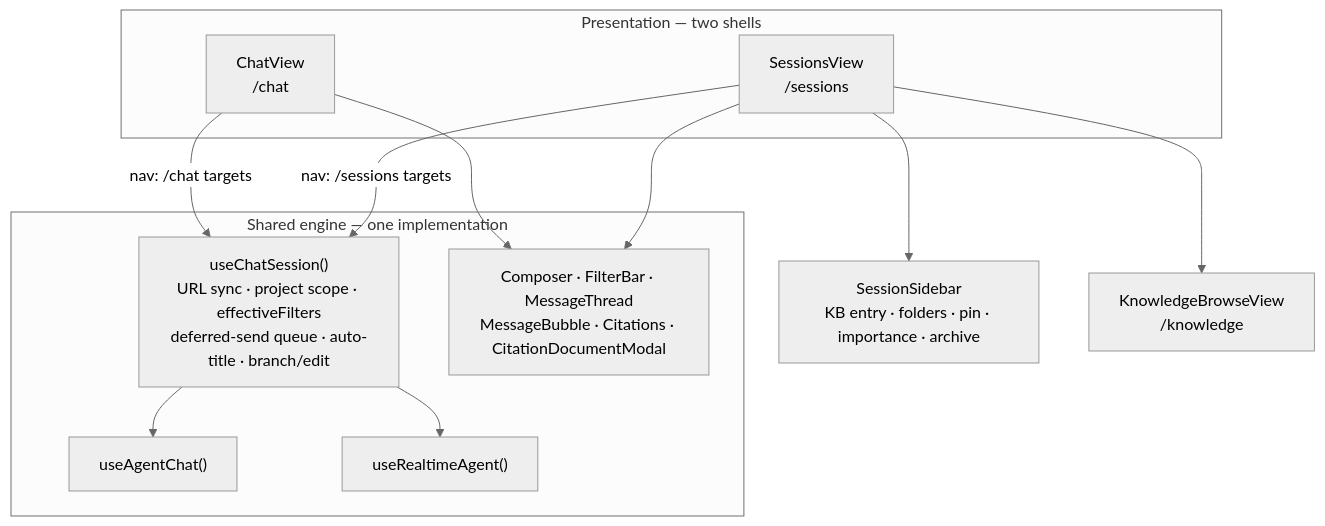
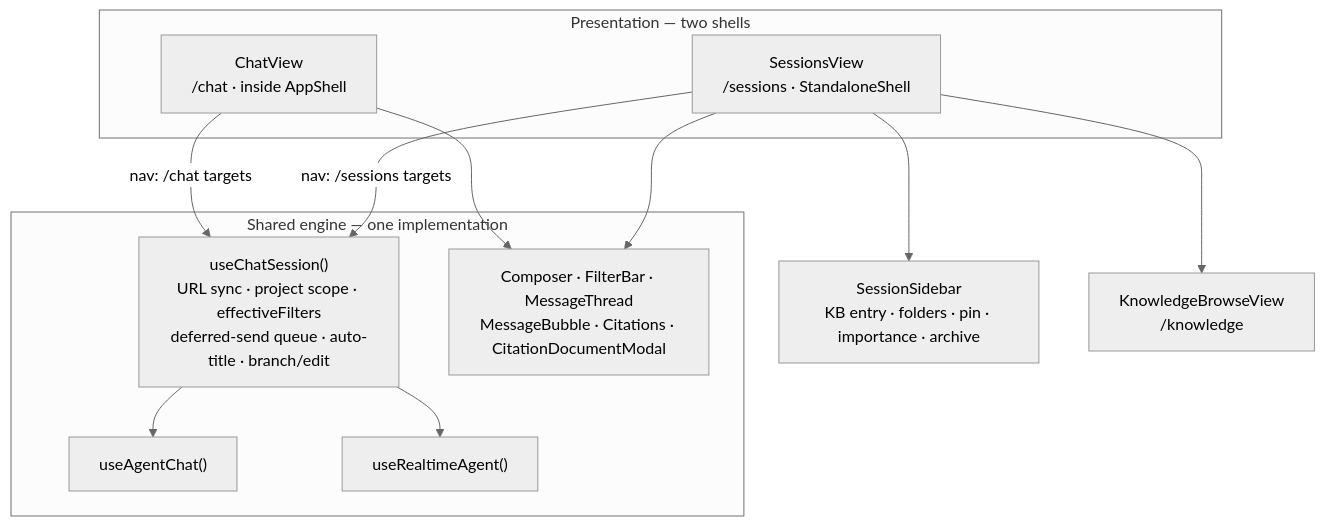
Before and after one commit to lopadova/AskMyDocs: the first of 2 diagrams in docs-site/chat-sessions-workspace.mdx, drawn with Mermaid (neutral theme). The commit also changed other lines of this file and 8 other files, not shown here.

````diff
--- a/docs-site/chat-sessions-workspace.mdx
+++ b/docs-site/chat-sessions-workspace.mdx
@@ -38,23 +38,23 @@
 ```mermaid
 flowchart TB
     subgraph Shared["Shared engine — one implementation"]
         H["useChatSession()<br/>URL sync · project scope · effectiveFilters<br/>deferred-send queue · auto-title · branch/edit"]
         A["useAgentChat()"]
         R["useRealtimeAgent()"]
         C["Composer · FilterBar · MessageThread<br/>MessageBubble · Citations · CitationDocumentModal"]
         H --> A
         H --> R
     end
 
     subgraph Surfaces["Presentation — two shells"]
-        CV["ChatView<br/>/chat"]
-        SV["SessionsView<br/>/sessions"]
+        CV["ChatView<br/>/chat · inside AppShell"]
+        SV["SessionsView<br/>/sessions · StandaloneShell"]
     end
 
     CV -->|"nav: /chat targets"| H
     SV -->|"nav: /sessions targets"| H
     CV --> C
     SV --> C
     SV --> SB["SessionSidebar<br/>KB entry · folders · pin · importance · archive"]
     SV --> KB["KnowledgeBrowseView<br/>/knowledge"]
 ```
````
